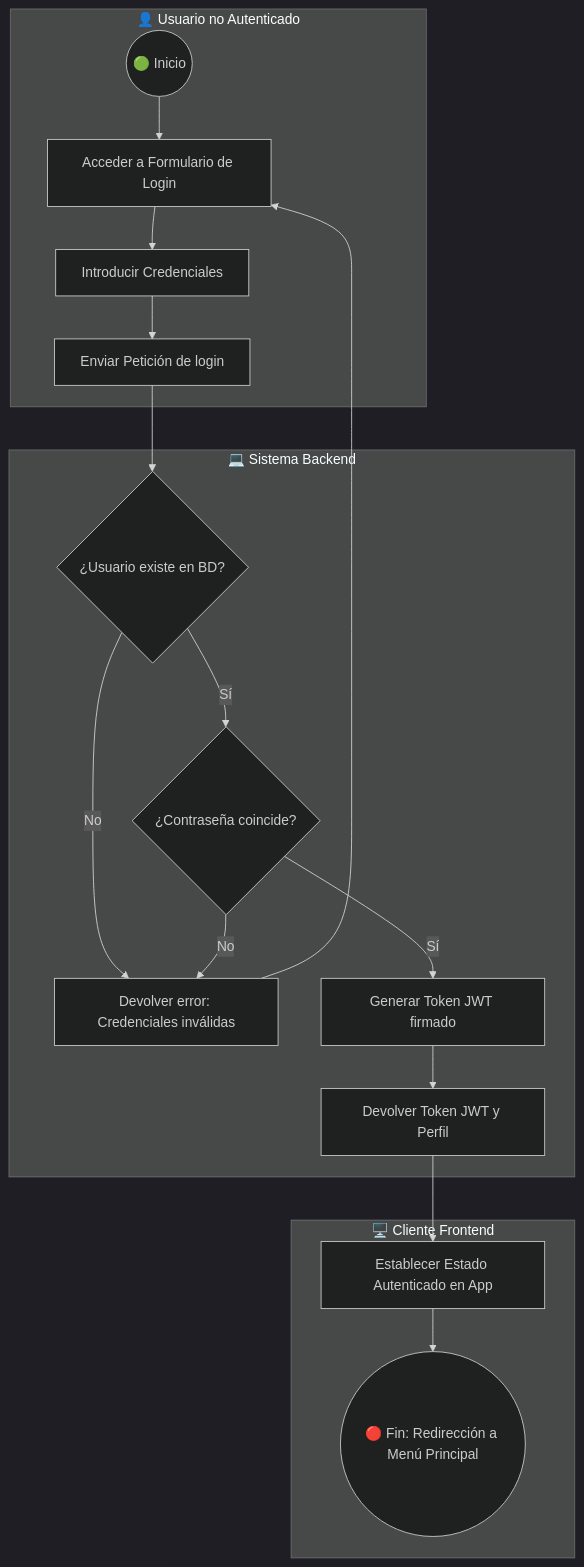
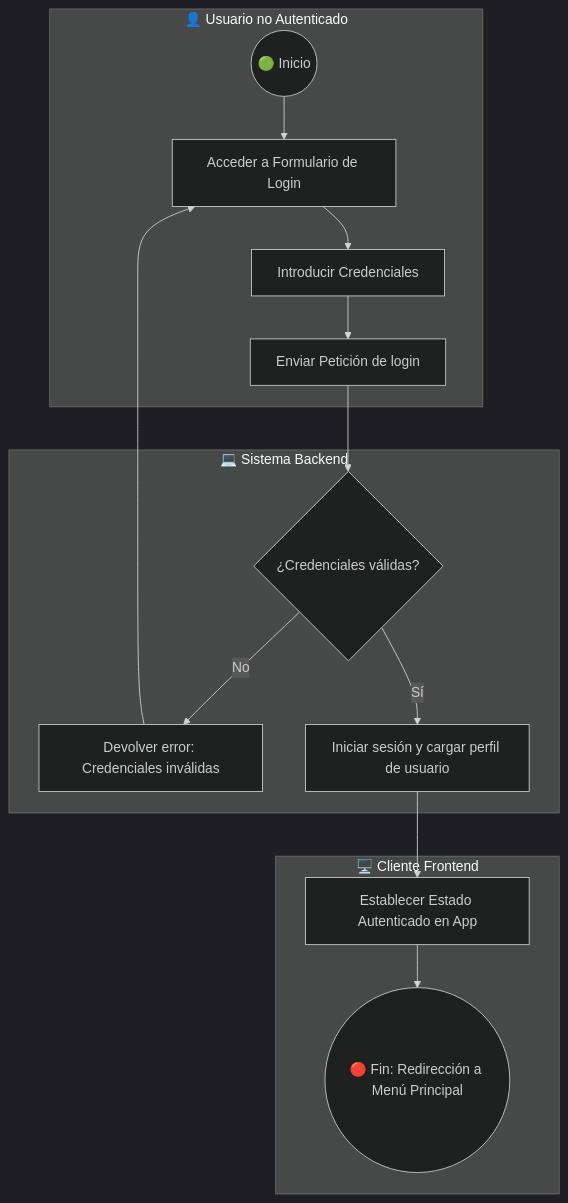
One commit to PedroJimenezGuerrero/Muses_TFG changed the second of 10 diagrams in docs/Análisis/Procesos de negocio.md. Above: the diagram before and after it, drawn with Mermaid (dark theme). The commit also changed other lines of this file, not shown here.

````diff
--- a/docs/Análisis/Procesos de negocio.md
+++ b/docs/Análisis/Procesos de negocio.md
@@ -79,23 +81,20 @@
 ```mermaid
 flowchart TD
     subgraph Usuario ["👤 Usuario no Autenticado"]
         A(( 🟢 Inicio )) --> B[Acceder a Formulario de Login]
         B --> C[Introducir Credenciales]
         C --> D[Enviar Petición de login]
     end
 
     subgraph Backend ["💻 Sistema Backend"]
-        D --> E{¿Usuario existe en BD?}
+        D --> E{¿Credenciales válidas?}
         E -- No --> F[Devolver error: Credenciales inválidas]
-        E -- Sí --> G{¿Contraseña coincide?}
-        G -- No --> F
-        G -- Sí --> H[Generar Token JWT firmado]
-        H --> I[Devolver Token JWT y Perfil]
+        E -- Sí --> G[Iniciar sesión y cargar perfil de usuario]
     end
 
     subgraph Cliente ["🖥️ Cliente Frontend"]
         F --> B
-        I --> J[Establecer Estado Autenticado en App]
-        J --> K(( 🔴 Fin: Redirección a Menú Principal ))
+        G --> H[Establecer Estado Autenticado en App]
+        H --> I(( 🔴 Fin: Redirección a Menú Principal ))
     end
 ```
````
